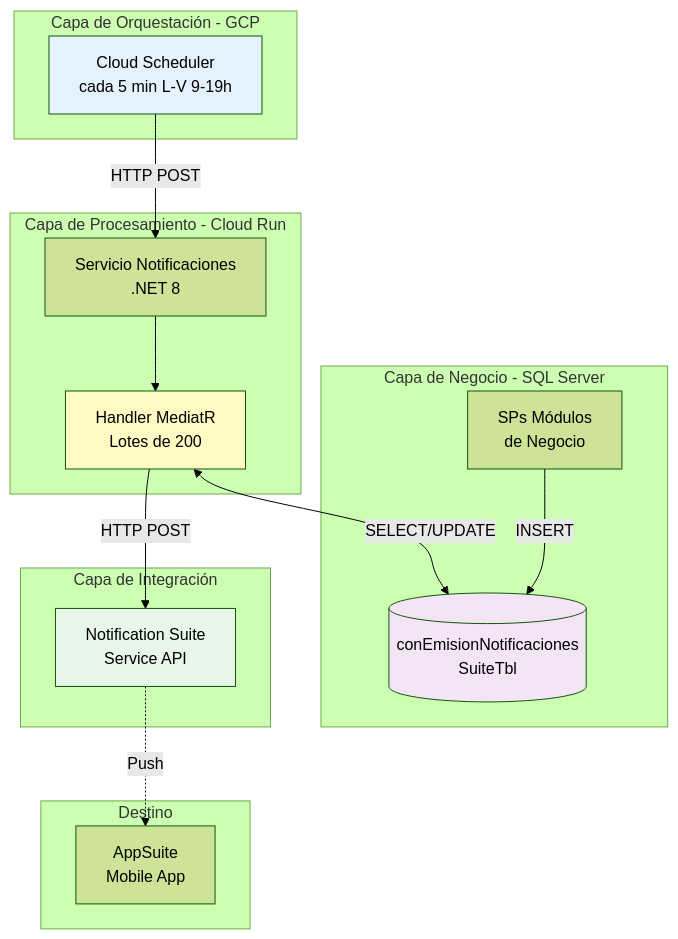
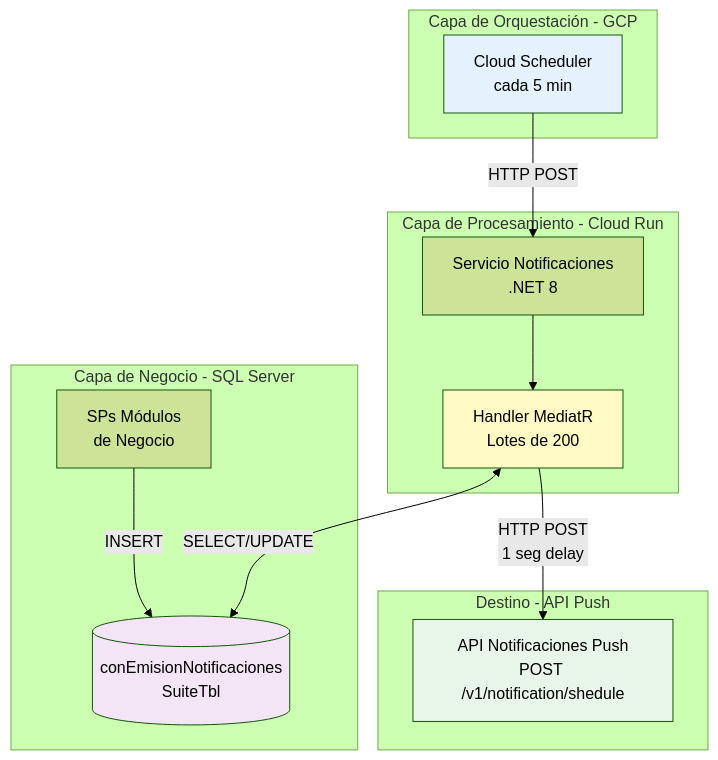
Before and after one commit to EdRre/documentacion: the first of 5 diagrams in notificaciones_suite/DOCUMENTACION_FEATURE_NOTIFICACIONES_APPSUITE.md, drawn with Mermaid (forest theme). The commit also changed other lines of this file, not shown here.

````diff
--- a/notificaciones_suite/DOCUMENTACION_FEATURE_NOTIFICACIONES_APPSUITE.md
+++ b/notificaciones_suite/DOCUMENTACION_FEATURE_NOTIFICACIONES_APPSUITE.md
@@ -23,36 +31,31 @@
 ```mermaid
 graph TB
     subgraph "Capa de Negocio - SQL Server"
         SP1[SPs Módulos<br/>de Negocio]
         QUEUE[(conEmisionNotificaciones<br/>SuiteTbl)]
     end
     
     subgraph "Capa de Orquestación - GCP"
-        SCHEDULER[Cloud Scheduler<br/>cada 5 min L-V 9-19h]
+        SCHEDULER[Cloud Scheduler<br/>cada 5 min]
     end
     
     subgraph "Capa de Procesamiento - Cloud Run"
         API[Servicio Notificaciones<br/>.NET 8]
         HANDLER[Handler MediatR<br/>Lotes de 200]
     end
     
-    subgraph "Capa de Integración"
-        SUITE[Notification Suite<br/>Service API]
-    end
-    
-    subgraph "Destino"
-        MOBILE[AppSuite<br/>Mobile App]
+    subgraph "Destino - API Push"
+        APIPUSH[API Notificaciones Push<br/>POST /v1/notification/shedule]
     end
     
     SP1 -->|INSERT| QUEUE
     SCHEDULER -->|HTTP POST| API
     API --> HANDLER
     HANDLER <-->|SELECT/UPDATE| QUEUE
-    HANDLER -->|HTTP POST| SUITE
-    SUITE -.->|Push| MOBILE
+    HANDLER -->|HTTP POST<br/>1 seg delay| APIPUSH
     
     style QUEUE fill:#f3e5f5
     style SCHEDULER fill:#e3f2fd
     style HANDLER fill:#fff9c4
-    style SUITE fill:#e8f5e9
+    style APIPUSH fill:#e8f5e9
 ```
````
